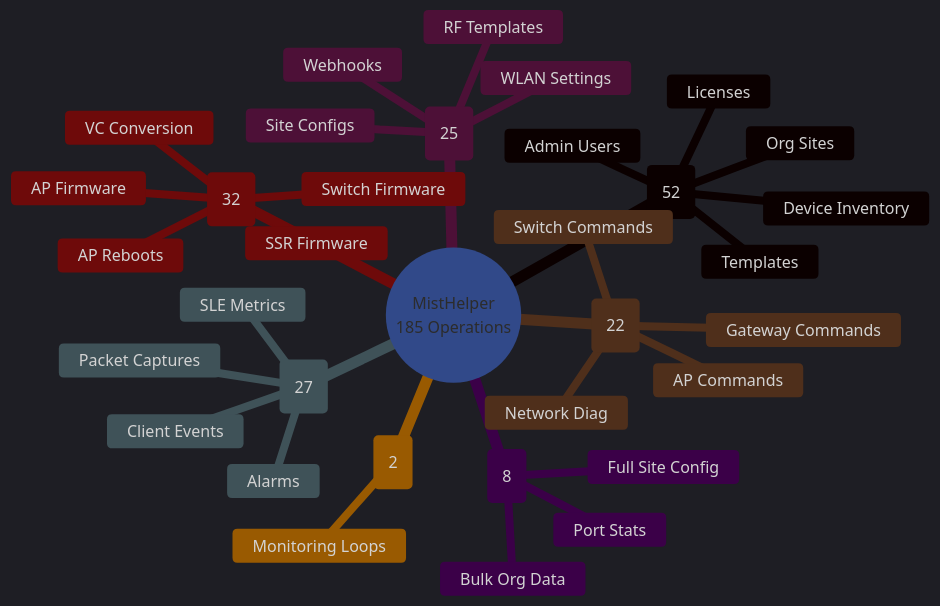
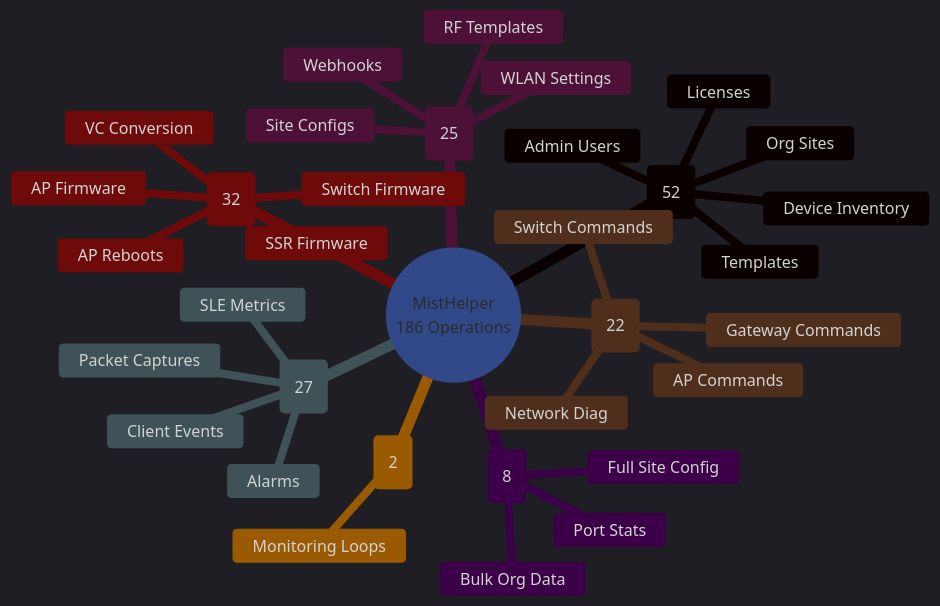
One commit to jmorrison-juniper/MistHelper changed the second of 2 diagrams in README.md. Above: the diagram before and after it, drawn with Mermaid. The commit also changed other lines of this file and 1 other file, not shown here.

Commit message:
chore(docs): update README operation count 184->185 for Menu 186 (1-185 -> 1-186)
Closes #349

````diff
--- a/README.md
+++ b/README.md
@@ -96,47 +96,47 @@
 ```mermaid
 %%{init: {'theme': 'dark', 'themeVariables': {
   'primaryColor': '#E20074',
   'primaryTextColor': '#E0E0E0',
   'primaryBorderColor': '#99004D',
   'lineColor': '#FF4DA6',
   'secondaryColor': '#16213E',
   'tertiaryColor': '#1A1A2E',
   'fontFamily': 'ui-monospace, monospace'
 }}}%%
 mindmap
-   root((MistHelper<br/>185 Operations))
+   root((MistHelper<br/>186 Operations))
     Safe (52)
       Org Sites
       Device Inventory
       Licenses
       Templates
       Admin Users
     Interactive Safe (25)
       Site Configs
       WLAN Settings
       RF Templates
       Webhooks
     Interactive (27)
       Packet Captures
       SLE Metrics
       Client Events
       Alarms
     WebSocket (22)
       AP Commands
       Switch Commands
       Gateway Commands
       Network Diag
     Destructive (32)
       ::icon(fa fa-warning)
       AP Firmware
       Switch Firmware
       SSR Firmware
       AP Reboots
       VC Conversion
     Resource Intensive (8)
       Port Stats
       Full Site Config
       Bulk Org Data
     Continuous (2)
       Monitoring Loops
 ```
````
